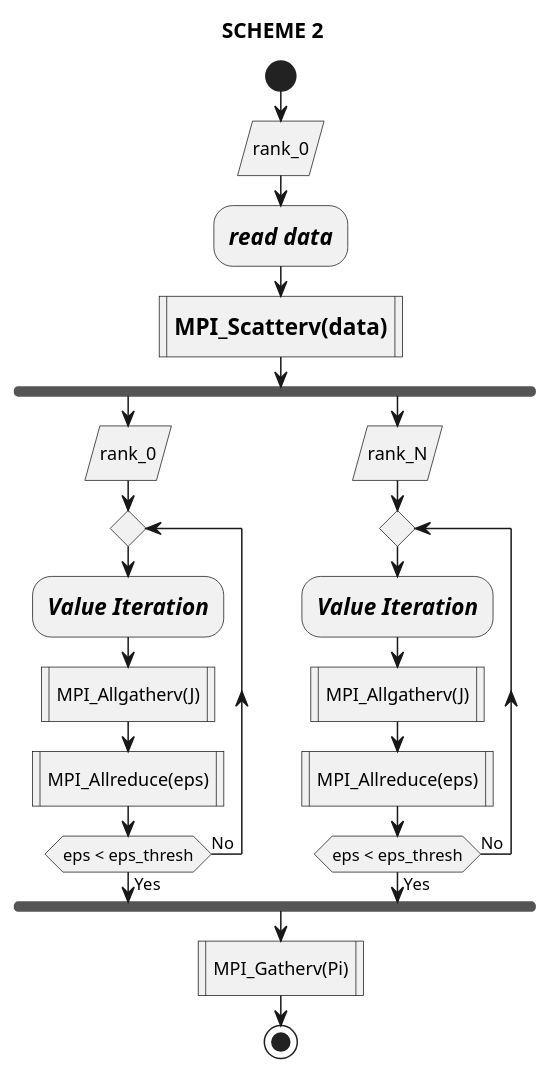
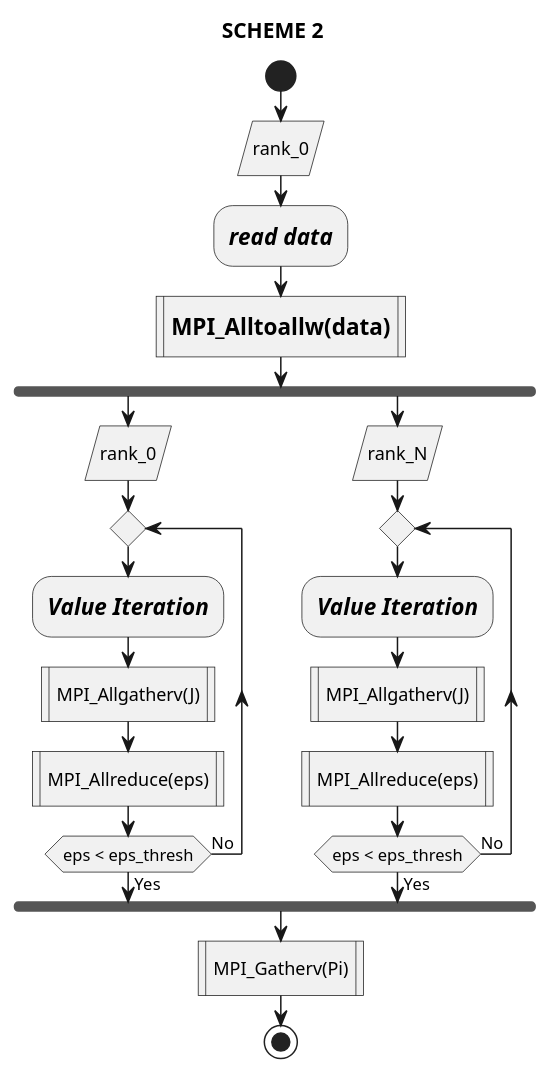
One commit to hashkode/hpcfmi-mpivi changed the diagram in src/scheme2.puml. Above: the diagram before and after it, drawn with PlantUML. The commit also changed 15 other files, not shown here.

Commit message:
Added Schema 5. Exchanged png with svg. Changed Scatter to Alltoallw due to problems with sparse matrix P while using Scatter.

```diff
--- a/src/scheme2.puml
+++ b/src/scheme2.puml
@@ -1,27 +1,27 @@
 @startuml
 'left to right direction
 ' Horizontal lines: -->, <--, <-->'
 title SCHEME 2
 start
     :rank_0/
     :<size:15><i><b>read data</b></i></size>;
-:<size:15><b>MPI_Scatterv(data)</b></size>|
+:<size:15><b>MPI_Alltoallw(data)</b></size>|
 fork
     :rank_0/
 repeat
     :<size:15><i><b>Value Iteration</b></i></size>;
     :MPI_Allgatherv(J)|
     :MPI_Allreduce(eps)|
 repeat while (eps < eps_thresh) is (No) not (Yes)
 fork again
     :rank_N/
 repeat
     :<size:15><i><b>Value Iteration</b></i></size>;
     :MPI_Allgatherv(J)|
     :MPI_Allreduce(eps)|
 repeat while (eps < eps_thresh) is (No) not (Yes)
 end fork
 :MPI_Gatherv(Pi)|
 stop
 
 @enduml
```
